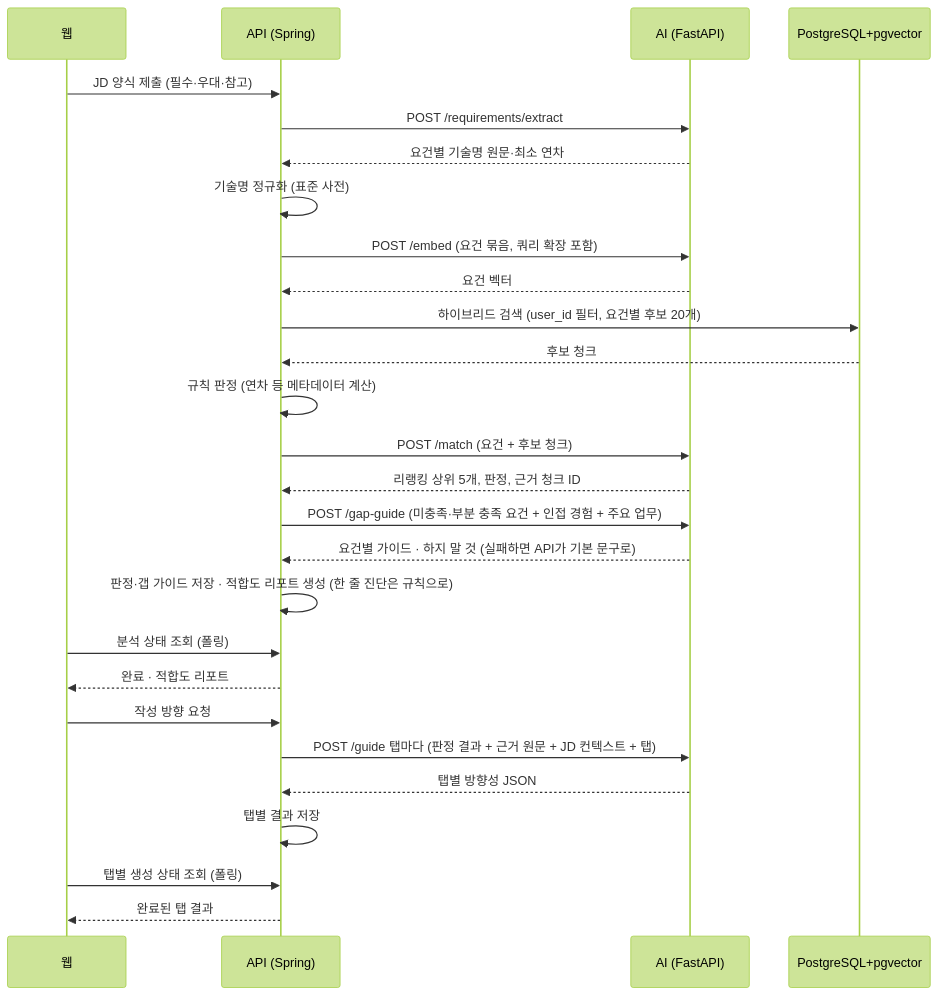
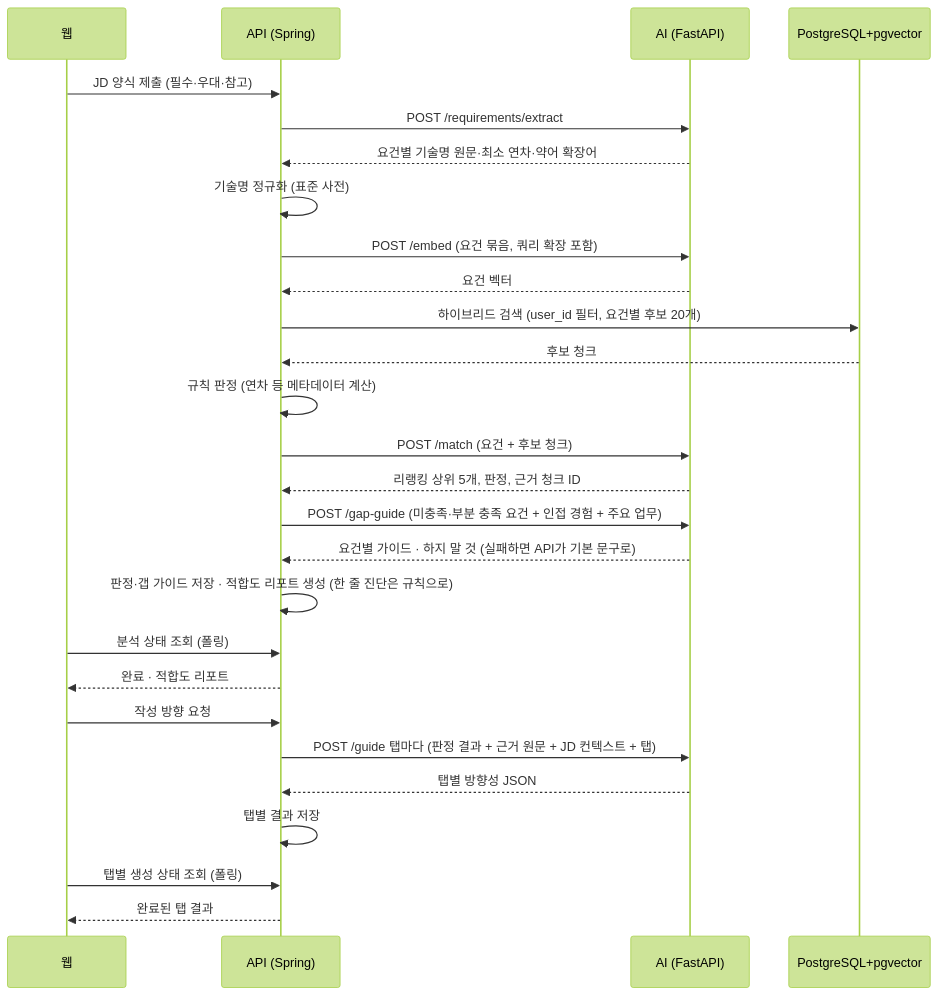
The third of 3 diagrams in 기획서.md (nerd-nam/SPEC-nerdnam), drawn with Mermaid (forest theme) before and after one commit. The commit also changed other lines of this file and 3 other files, not shown here.

````diff
--- a/기획서.md
+++ b/기획서.md
@@ -511,29 +512,29 @@
 ```mermaid
 sequenceDiagram
     participant W as 웹
     participant A as API (Spring)
     participant AI as AI (FastAPI)
     participant DB as PostgreSQL+pgvector
     W->>A: JD 양식 제출 (필수·우대·참고)
     A->>AI: POST /requirements/extract
-    AI-->>A: 요건별 기술명 원문·최소 연차
+    AI-->>A: 요건별 기술명 원문·최소 연차·약어 확장어
     A->>A: 기술명 정규화 (표준 사전)
     A->>AI: POST /embed (요건 묶음, 쿼리 확장 포함)
     AI-->>A: 요건 벡터
     A->>DB: 하이브리드 검색 (user_id 필터, 요건별 후보 20개)
     DB-->>A: 후보 청크
     A->>A: 규칙 판정 (연차 등 메타데이터 계산)
     A->>AI: POST /match (요건 + 후보 청크)
     AI-->>A: 리랭킹 상위 5개, 판정, 근거 청크 ID
     A->>AI: POST /gap-guide (미충족·부분 충족 요건 + 인접 경험 + 주요 업무)
     AI-->>A: 요건별 가이드 · 하지 말 것 (실패하면 API가 기본 문구로)
     A->>A: 판정·갭 가이드 저장 · 적합도 리포트 생성 (한 줄 진단은 규칙으로)
     W->>A: 분석 상태 조회 (폴링)
     A-->>W: 완료 · 적합도 리포트
     W->>A: 작성 방향 요청
     A->>AI: POST /guide 탭마다 (판정 결과 + 근거 원문 + JD 컨텍스트 + 탭)
     AI-->>A: 탭별 방향성 JSON
     A->>A: 탭별 결과 저장
     W->>A: 탭별 생성 상태 조회 (폴링)
     A-->>W: 완료된 탭 결과
 ```
````
